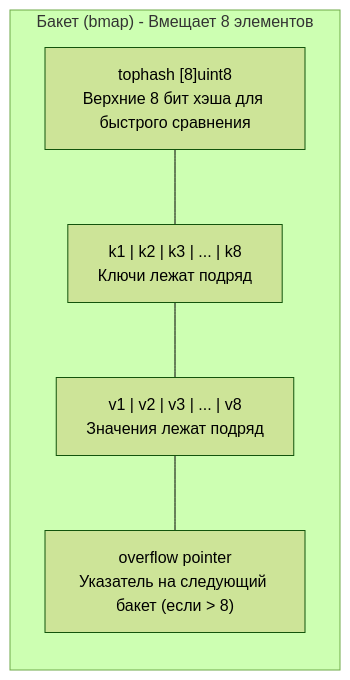
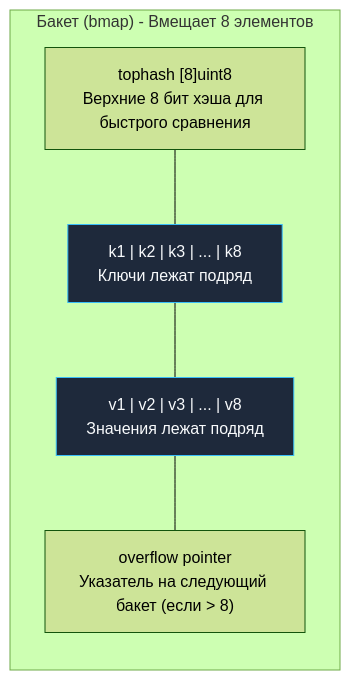
The first of 2 diagrams in sources/7. Глубокий Go (Внутреннее устройство)/31. Внутреннее устройство map. hmap, bucket, overflow.md (UnrealTemplier/go-textbook), drawn with Mermaid (forest theme) before and after one commit. The commit also changed 1666 other files, not shown here.

First line of the commit message:
feat(mermaid): add semantic color classDef to 1369 colorless flowchart/graph diagrams

````diff
--- a/sources/7. Глубокий Go (Внутреннее устройство)/31. Внутреннее устройство map. hmap, bucket, overflow.md
+++ b/sources/7. Глубокий Go (Внутреннее устройство)/31. Внутреннее устройство map. hmap, bucket, overflow.md
@@ -43,12 +43,22 @@
 ```mermaid
 flowchart TD
+    classDef process  fill:#1e293b,stroke:#38bdf8,stroke-width:1px,color:#f8fafc
+    classDef success  fill:#064e3b,stroke:#34d399,stroke-width:1px,color:#f8fafc
+    classDef error    fill:#7f1d1d,stroke:#f87171,stroke-width:1px,color:#f8fafc
+    classDef warning  fill:#78350f,stroke:#fbbf24,stroke-width:1px,color:#f8fafc
+    classDef entry    fill:#1e3a5f,stroke:#38bdf8,stroke-width:2px,color:#f8fafc
+    classDef aux      fill:#334155,stroke:#64748b,stroke-width:1px,color:#f8fafc
+    classDef system   fill:#312e81,stroke:#a78bfa,stroke-width:1px,color:#f8fafc
+    classDef data     fill:#132d29,stroke:#2dd4bf,stroke-width:1px,color:#f8fafc
+    classDef network  fill:#881337,stroke:#fb7185,stroke-width:1px,color:#f8fafc
+    classDef accent   fill:#1e1b4b,stroke:#818cf8,stroke-width:1px,color:#f8fafc
     subgraph BMAP ["Бакет (bmap) - Вмещает 8 элементов"]
         direction TB
         TOPHASH["tophash [8]uint8<br>Верхние 8 бит хэша для быстрого сравнения"]
-        KEYS["k1 | k2 | k3 | ... | k8<br>Ключи лежат подряд"]
-        VALS["v1 | v2 | v3 | ... | v8<br>Значения лежат подряд"]
+        KEYS["k1 | k2 | k3 | ... | k8<br>Ключи лежат подряд"]:::process
+        VALS["v1 | v2 | v3 | ... | v8<br>Значения лежат подряд"]:::process
         OVERFLOW["overflow pointer<br>Указатель на следующий бакет (если > 8)"]
         
         TOPHASH --- KEYS --- VALS --- OVERFLOW
     end
 ```
````
